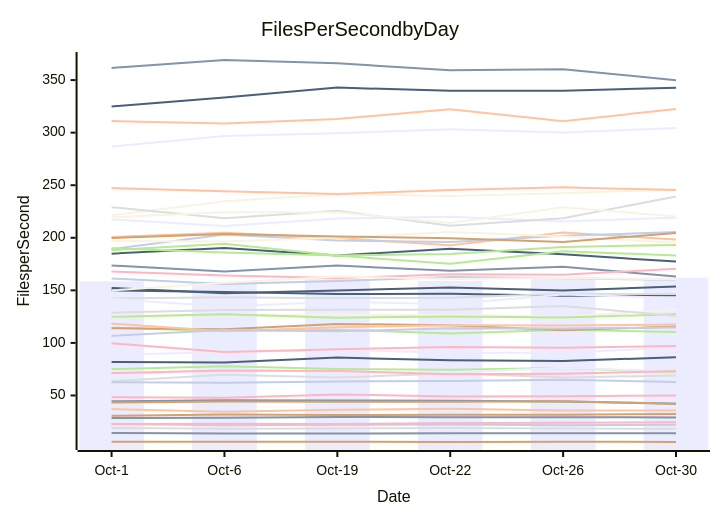
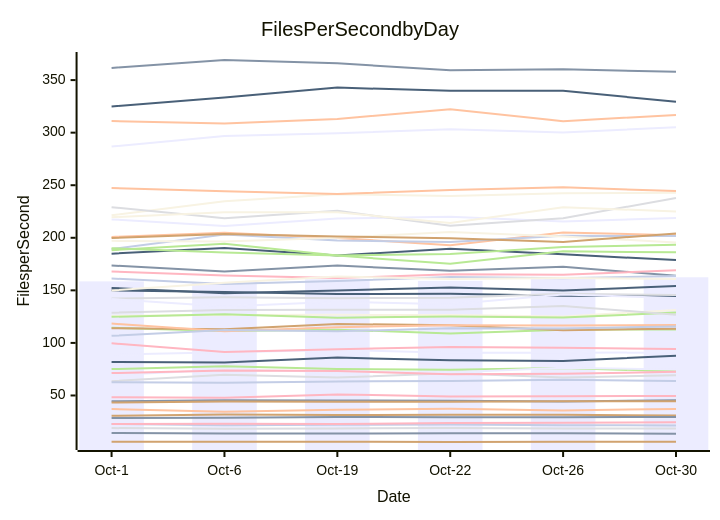
The diagram in perf-report.md (streetsidesoftware/cspell), drawn with Mermaid before and after one commit. The commit also changed other lines of this file and 1 other file, not shown here.

````diff
--- a/perf-report.md
+++ b/perf-report.md
@@ -10,57 +10,57 @@
 ```mermaid
 xychart-beta
     title Files Per Second by Day
     y-axis Files per Second
     x-axis Date [Oct-1, Oct-6, Oct-19, Oct-22, Oct-26, Oct-30]
-    bar [158.54, 157.78, 160.58, 159.03, 162.88, 161.94]
-    line [14.24, 13.86, 13.81, 14.01, 14.02, 13.97]
-    line [200.83, 204.79, 199.89, 192.85, 204.98, 198.27]
-    line [63.55, 69.72, 67.05, 71.08, 67.00, 69.09]
-    line [114.39, 111.42, 112.56, 109.04, 112.63, 110.40]
-    line [5.92, 6.00, 6.02, 5.75, 6.03, 5.80]
-    line [22.93, 21.69, 22.11, 22.28, 21.78, 22.12]
-    line [22.85, 23.16, 22.78, 23.92, 24.17, 24.43]
-    line [150.02, 148.37, 146.50, 146.67, 144.85, 145.45]
-    line [125.90, 126.66, 126.74, 126.46, 125.04, 131.49]
-    line [88.83, 91.13, 93.37, 90.70, 90.60, 95.53]
-    line [44.41, 45.48, 45.18, 45.07, 44.31, 42.25]
-    line [37.04, 34.53, 36.49, 37.33, 35.82, 35.71]
-    line [18.99, 18.38, 18.69, 19.00, 18.63, 18.25]
-    line [124.85, 127.28, 123.99, 125.15, 124.19, 127.28]
-    line [113.99, 112.94, 118.00, 116.85, 112.16, 115.50]
-    line [62.65, 62.01, 63.29, 63.79, 65.07, 62.75]
-    line [99.59, 91.34, 93.97, 96.00, 95.45, 97.05]
-    line [324.92, 333.43, 342.86, 339.81, 339.82, 342.79]
-    line [221.42, 234.66, 241.48, 239.78, 242.41, 246.20]
-    line [217.51, 211.32, 218.31, 220.10, 215.49, 219.14]
-    line [173.65, 167.92, 173.59, 168.67, 172.42, 163.25]
-    line [118.39, 111.00, 115.01, 116.88, 116.53, 117.43]
-    line [229.06, 218.48, 225.66, 211.47, 218.53, 239.32]
-    line [75.07, 77.78, 75.28, 74.51, 76.18, 72.03]
-    line [30.62, 31.79, 31.44, 31.67, 31.78, 32.41]
-    line [189.24, 203.08, 197.32, 196.05, 201.96, 205.39]
-    line [168.02, 164.09, 161.71, 165.23, 164.80, 170.61]
-    line [184.88, 190.21, 183.26, 189.47, 184.23, 177.36]
-    line [197.08, 196.39, 199.93, 205.59, 201.31, 195.27]
-    line [69.38, 74.54, 72.64, 71.96, 76.44, 72.80]
-    line [28.67, 28.81, 29.58, 29.31, 29.41, 29.14]
-    line [311.05, 308.73, 313.03, 322.37, 310.93, 322.55]
-    line [142.24, 143.38, 142.44, 143.06, 146.69, 146.59]
-    line [190.16, 185.98, 183.04, 175.20, 187.18, 183.23]
-    line [199.85, 203.55, 201.34, 199.55, 196.07, 204.60]
-    line [106.75, 112.35, 111.02, 113.95, 113.80, 114.69]
-    line [71.27, 73.77, 73.27, 70.11, 70.57, 73.22]
-    line [152.29, 147.14, 149.81, 152.74, 149.93, 153.73]
-    line [219.58, 224.28, 224.21, 213.97, 229.01, 220.21]
-    line [286.74, 296.93, 299.41, 303.13, 300.22, 304.34]
-    line [361.56, 369.11, 365.93, 359.34, 360.33, 349.95]
-    line [247.38, 244.34, 241.58, 245.56, 247.95, 245.41]
-    line [128.76, 131.24, 131.49, 131.59, 135.21, 125.70]
-    line [188.26, 194.31, 183.18, 184.56, 191.17, 193.23]
-    line [43.36, 44.34, 44.15, 44.08, 44.42, 42.24]
-    line [161.21, 156.12, 158.95, 162.77, 161.40, 160.02]
-    line [48.37, 47.88, 50.97, 49.03, 49.37, 49.99]
-    line [81.78, 81.41, 86.03, 83.62, 82.78, 86.40]
-    line [149.87, 157.33, 163.29, 160.80, 161.82, 160.48]
-    line [141.74, 134.66, 139.08, 136.76, 146.14, 142.74]
+    bar [158.54, 157.78, 160.58, 159.03, 162.88, 162.42]
+    line [14.24, 13.86, 13.81, 14.01, 14.02, 13.57]
+    line [200.83, 204.79, 199.89, 192.85, 204.98, 202.39]
+    line [63.55, 69.72, 67.05, 71.08, 67.00, 69.34]
+    line [114.39, 111.42, 112.56, 109.04, 112.63, 112.74]
+    line [5.92, 6.00, 6.02, 5.75, 6.03, 5.91]
+    line [22.93, 21.69, 22.11, 22.28, 21.78, 21.54]
+    line [22.85, 23.16, 22.78, 23.92, 24.17, 24.53]
+    line [150.02, 148.37, 146.50, 146.67, 144.85, 144.60]
+    line [125.90, 126.66, 126.74, 126.46, 125.04, 131.34]
+    line [88.83, 91.13, 93.37, 90.70, 90.60, 90.89]
+    line [44.41, 45.48, 45.18, 45.07, 44.31, 45.38]
+    line [37.04, 34.53, 36.49, 37.33, 35.82, 37.22]
+    line [18.99, 18.38, 18.69, 19.00, 18.63, 18.56]
+    line [124.85, 127.28, 123.99, 125.15, 124.19, 128.88]
+    line [113.99, 112.94, 118.00, 116.85, 112.16, 113.54]
+    line [62.65, 62.01, 63.29, 63.79, 65.07, 63.71]
+    line [99.59, 91.34, 93.97, 96.00, 95.45, 94.28]
+    line [324.92, 333.43, 342.86, 339.81, 339.82, 329.41]
+    line [221.42, 234.66, 241.48, 239.78, 242.41, 242.94]
+    line [217.51, 211.32, 218.31, 220.10, 215.49, 218.79]
+    line [173.65, 167.92, 173.59, 168.67, 172.42, 163.92]
+    line [118.39, 111.00, 115.01, 116.88, 116.53, 117.10]
+    line [229.06, 218.48, 225.66, 211.47, 218.53, 237.91]
+    line [75.07, 77.78, 75.28, 74.51, 76.18, 72.95]
+    line [30.62, 31.79, 31.44, 31.67, 31.78, 30.90]
+    line [189.24, 203.08, 197.32, 196.05, 201.96, 201.58]
+    line [168.02, 164.09, 161.71, 165.23, 164.80, 169.11]
+    line [184.88, 190.21, 183.26, 189.47, 184.23, 178.83]
+    line [197.08, 196.39, 199.93, 205.59, 201.31, 195.51]
+    line [69.38, 74.54, 72.64, 71.96, 76.44, 74.83]
+    line [28.67, 28.81, 29.58, 29.31, 29.41, 29.44]
+    line [311.05, 308.73, 313.03, 322.37, 310.93, 316.90]
+    line [142.24, 143.38, 142.44, 143.06, 146.69, 145.46]
+    line [190.16, 185.98, 183.04, 175.20, 187.18, 186.13]
+    line [199.85, 203.55, 201.34, 199.55, 196.07, 204.03]
+    line [106.75, 112.35, 111.02, 113.95, 113.80, 115.58]
+    line [71.27, 73.77, 73.27, 70.11, 70.57, 72.49]
+    line [152.29, 147.14, 149.81, 152.74, 149.93, 154.12]
+    line [219.58, 224.28, 224.21, 213.97, 229.01, 225.06]
+    line [286.74, 296.93, 299.41, 303.13, 300.22, 305.03]
+    line [361.56, 369.11, 365.93, 359.34, 360.33, 357.94]
+    line [247.38, 244.34, 241.58, 245.56, 247.95, 244.41]
+    line [128.76, 131.24, 131.49, 131.59, 135.21, 126.79]
+    line [188.26, 194.31, 183.18, 184.56, 191.17, 193.48]
+    line [43.36, 44.34, 44.15, 44.08, 44.42, 44.62]
+    line [161.21, 156.12, 158.95, 162.77, 161.40, 163.61]
+    line [48.37, 47.88, 50.97, 49.03, 49.37, 49.53]
+    line [81.78, 81.41, 86.03, 83.62, 82.78, 87.80]
+    line [149.87, 157.33, 163.29, 160.80, 161.82, 160.75]
+    line [141.74, 134.66, 139.08, 136.76, 146.14, 142.65]
 ```
````
